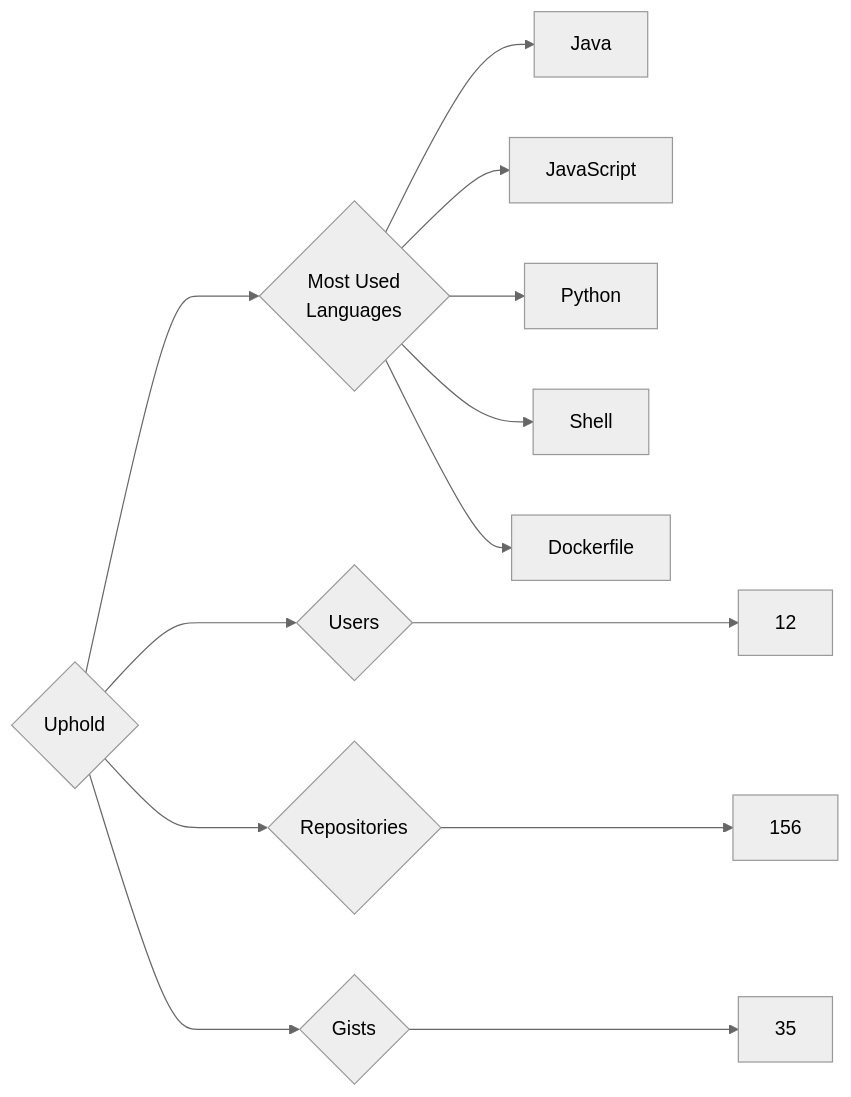
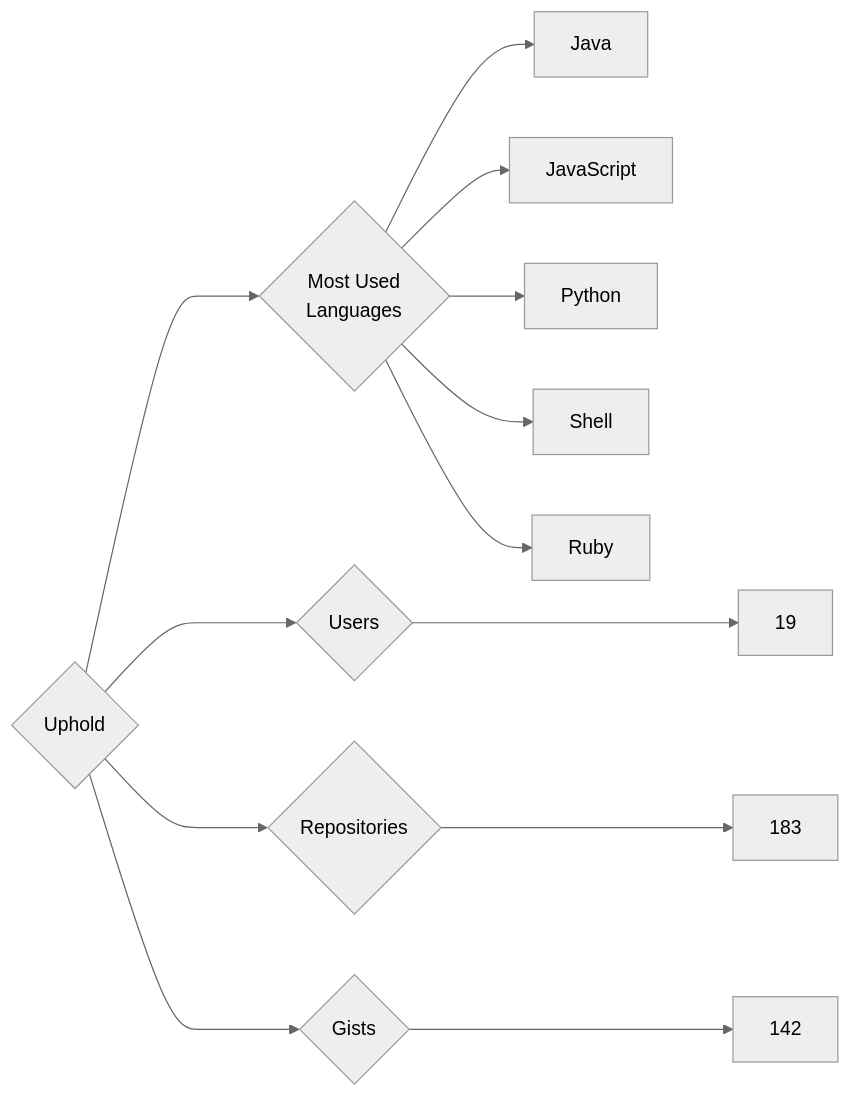
Before and after one commit to trickest/insiders: the diagram in targets/Uphold/README.md, drawn with Mermaid (neutral theme). The commit also changed 878 other files, not shown here.

````diff
--- a/targets/Uphold/README.md
+++ b/targets/Uphold/README.md
@@ -3,13 +3,13 @@
 ```mermaid
 graph LR
 COMPANY_NAME{Uphold}
-COMPANY_NAME ---> U{Users} ---> UN[12]
-COMPANY_NAME ---> R{Repositories} ---> RN[156]
-COMPANY_NAME ---> G{Gists} ---> GN[35]
+COMPANY_NAME ---> U{Users} ---> UN[19]
+COMPANY_NAME ---> R{Repositories} ---> RN[183]
+COMPANY_NAME ---> G{Gists} ---> GN[142]
 COMPANY_NAME ---> ML{Most Used<br>Languages}
 ML --> Java[Java]
 ML --> JavaScript[JavaScript]
 ML --> Python[Python]
 ML --> Shell[Shell]
-ML --> Dockerfile[Dockerfile]
+ML --> Ruby[Ruby]
 ```
````
